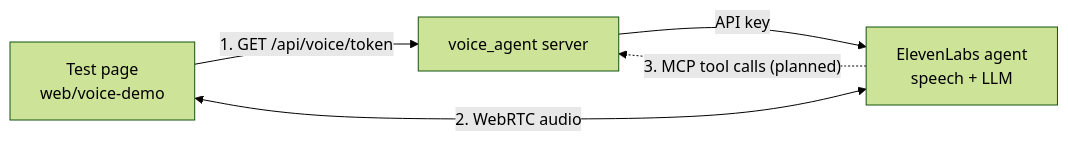
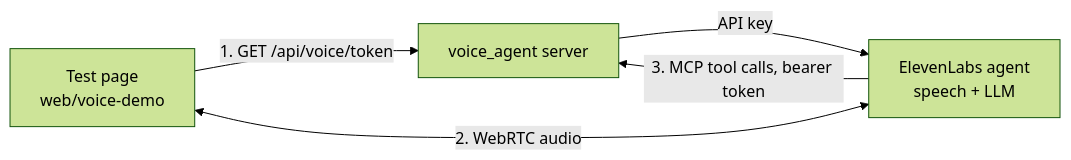
The diagram in docs/voice.md (hagenhaeussler/Industrial-Agents-Hackathon-2026), drawn with Mermaid (forest theme) before and after one commit. The commit also changed other lines of this file and 10 other files, not shown here.

````diff
--- a/docs/voice.md
+++ b/docs/voice.md
@@ -12,7 +12,7 @@
 ```mermaid
 flowchart LR
   UI["Test page<br/>web/voice-demo"] -- "1. GET /api/voice/token" --> Server["voice_agent server"]
   Server -- "API key" --> EL["ElevenLabs agent<br/>speech + LLM"]
   UI <-- "2. WebRTC audio" --> EL
-  EL -. "3. MCP tool calls (planned)" .-> Server
+  EL -- "3. MCP tool calls, bearer token" --> Server
 ```
````
